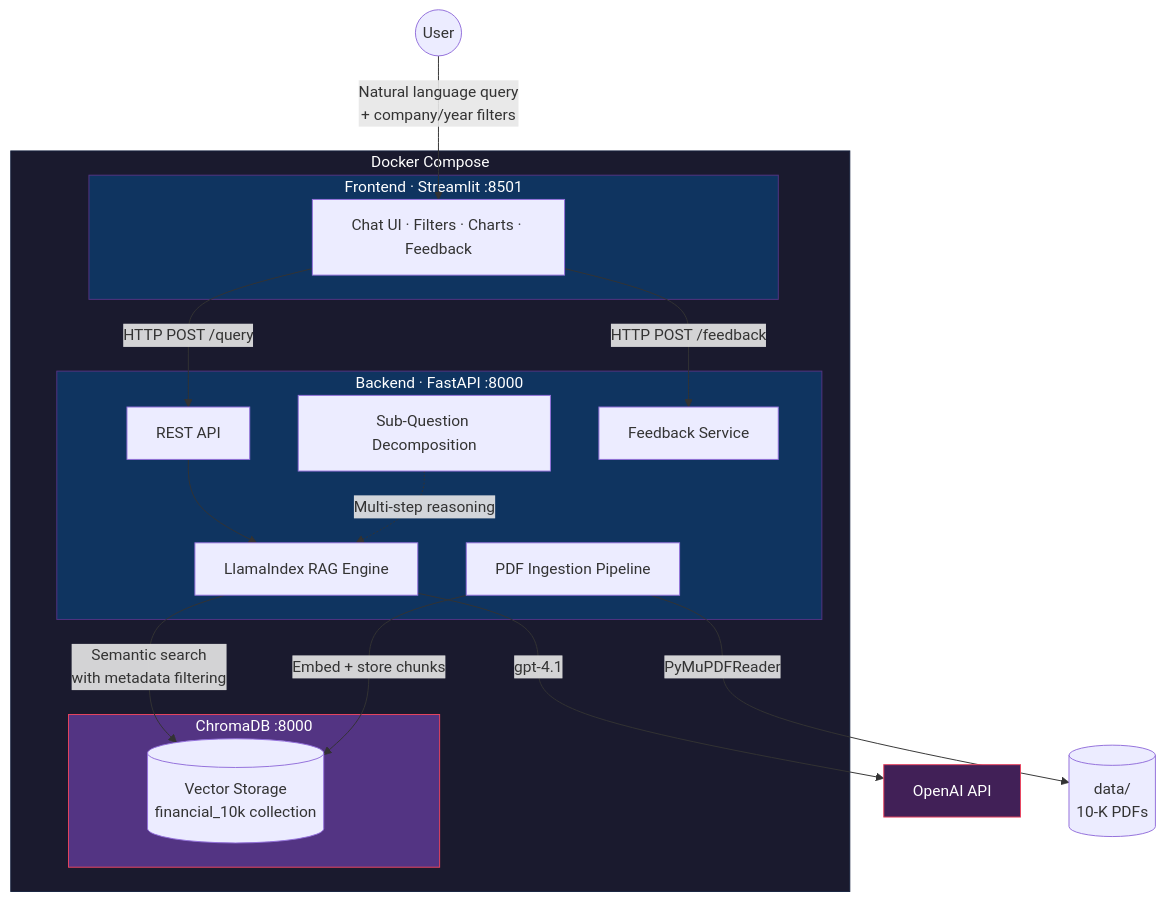
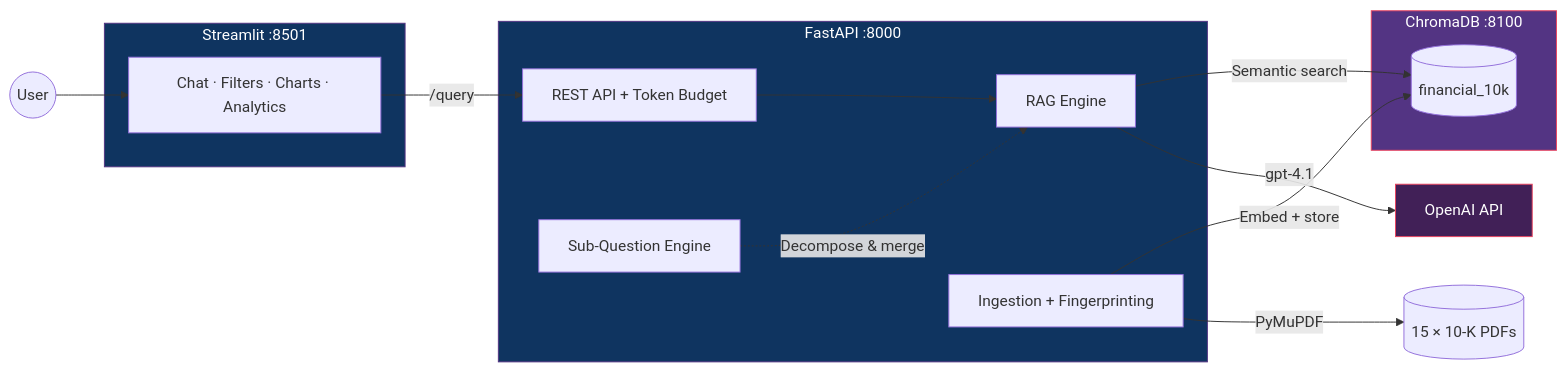
Before and after one commit to straf10/Hackathon-RAG: the diagram in README.md, drawn with Mermaid. The commit also changed other lines of this file and 16 other files, not shown here.

Commit message:
Removed entire response feedback pipeline, updated ReadMe, code cleaning

````diff
--- a/README.md
+++ b/README.md
@@ -17,34 +19,35 @@
 ```mermaid
-graph TB
-    subgraph docker["Docker Compose"]
-        subgraph frontendSvc["Frontend · Streamlit :8501"]
-            UI["Chat UI · Filters · Charts · Feedback"]
-        end
-        subgraph backendSvc["Backend · FastAPI :8000"]
-            API["REST API"]
-            RAG["LlamaIndex RAG Engine"]
-            SubQ["Sub-Question Decomposition"]
-            Ingest["PDF Ingestion Pipeline"]
-            FB["Feedback Service"]
-        end
-        subgraph chromaSvc["ChromaDB :8000"]
-            VDB[("Vector Storage<br/>financial_10k collection")]
-        end
+graph LR
+    User((User)) --> UI
+
+    subgraph Frontend["Streamlit :8501"]
+        UI["Chat · Filters · Charts · Analytics"]
     end
 
-    User((User)) -->|"Natural language query<br/>+ company/year filters"| UI
-    UI -->|"HTTP POST /query"| API
+    subgraph Backend["FastAPI :8000"]
+        API["REST API + Token Budget"]
+        RAG["RAG Engine"]
+        SubQ["Sub-Question Engine"]
+        Ingest["Ingestion + Fingerprinting"]
+    end
+
+    subgraph ChromaDB["ChromaDB :8100"]
+        VDB[("financial_10k")]
+    end
+
+    Data[("15 × 10-K PDFs")]
+    OpenAI["OpenAI API"]
+
+    UI -->|"/query"| API
     API --> RAG
-    RAG -->|"Semantic search<br/>with metadata filtering"| VDB
-    RAG -->|"gpt-4.1"| OpenAI["OpenAI API"]
-    SubQ -.->|"Multi-step reasoning"| RAG
-    Ingest -->|"Embed + store chunks"| VDB
-    Ingest -->|"PyMuPDFReader"| Data[("data/<br/>10-K PDFs")]
-    UI -->|"HTTP POST /feedback"| FB
+    RAG -->|"Semantic search"| VDB
+    RAG -->|"gpt-4.1"| OpenAI
+    SubQ -.->|"Decompose & merge"| RAG
+    Ingest -->|"Embed + store"| VDB
+    Ingest -->|"PyMuPDF"| Data
 
-    style docker fill:#1a1a2e,stroke:#16213e,color:#fff
-    style frontendSvc fill:#0f3460,stroke:#533483,color:#fff
-    style backendSvc fill:#0f3460,stroke:#533483,color:#fff
-    style chromaSvc fill:#533483,stroke:#e94560,color:#fff
+    style Frontend fill:#0f3460,stroke:#533483,color:#fff
+    style Backend fill:#0f3460,stroke:#533483,color:#fff
+    style ChromaDB fill:#533483,stroke:#e94560,color:#fff
     style OpenAI fill:#412057,stroke:#e94560,color:#fff
 ```
````
